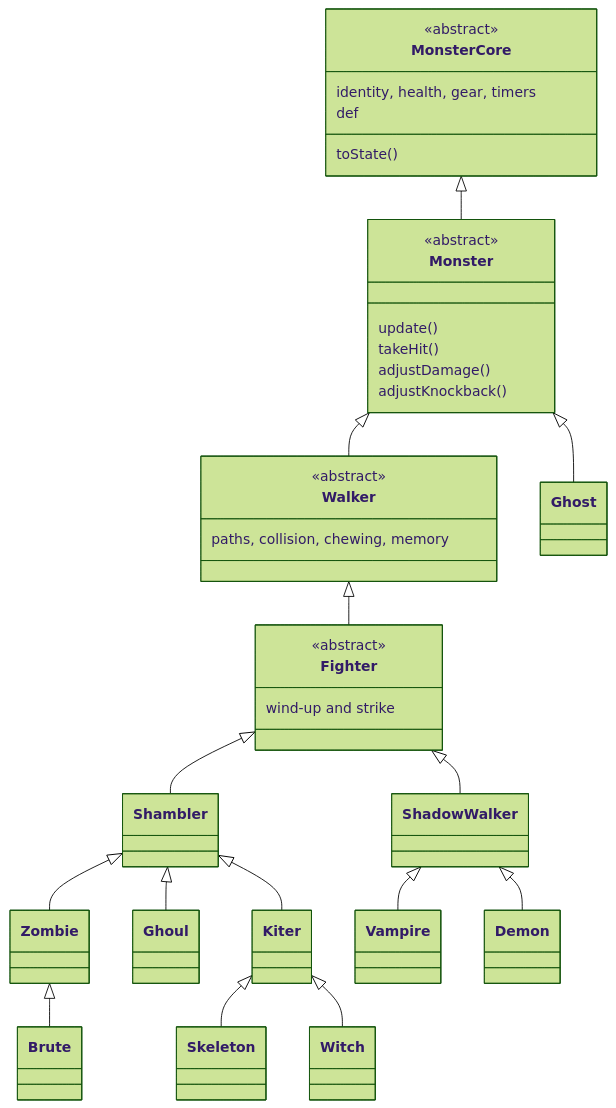
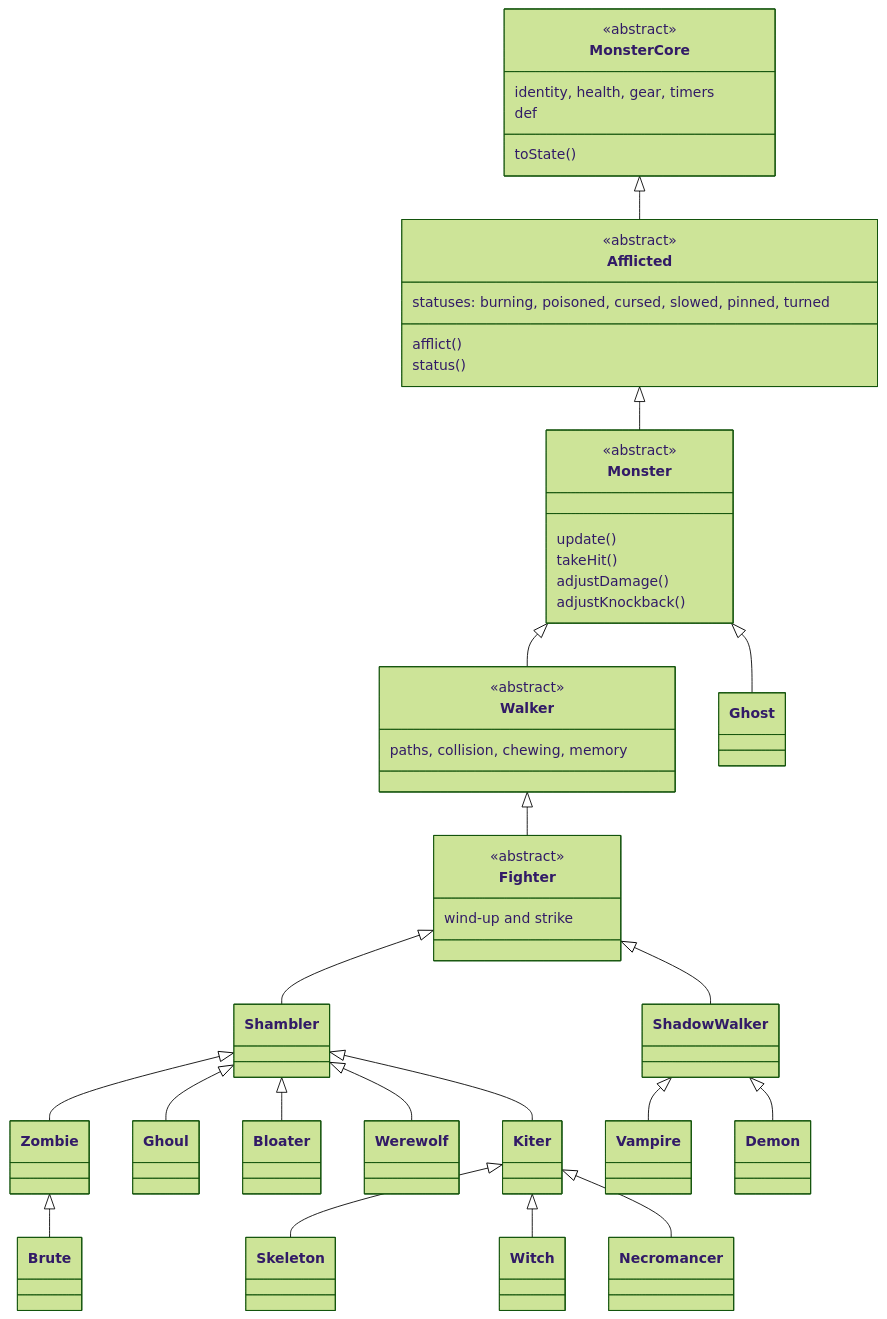
One commit to andyruwruw/grave-robbers changed the fifth of 9 diagrams in docs/class-hierarchies-server.md. Above: the diagram before and after it, drawn with Mermaid (forest theme). The commit also changed other lines of this file and 772 other files, not shown here.

````diff
--- a/docs/class-hierarchies-server.md
+++ b/docs/class-hierarchies-server.md
@@ -156,38 +165,48 @@
 ```mermaid
 classDiagram
   class MonsterCore {
     <<abstract>>
     identity, health, gear, timers
     def
     toState()
+  }
+  class Afflicted {
+    <<abstract>>
+    statuses: burning, poisoned, cursed, slowed, pinned, turned
+    afflict()
+    status()
   }
   class Monster {
     <<abstract>>
     update()
     takeHit()
     adjustDamage()
     adjustKnockback()
   }
   class Walker {
     <<abstract>>
     paths, collision, chewing, memory
   }
   class Fighter {
     <<abstract>>
     wind-up and strike
   }
-  MonsterCore <|-- Monster
+  MonsterCore <|-- Afflicted
+  Afflicted <|-- Monster
   Monster <|-- Walker
   Monster <|-- Ghost
   Walker <|-- Fighter
   Fighter <|-- Shambler
   Fighter <|-- ShadowWalker
   Shambler <|-- Zombie
   Zombie <|-- Brute
   Shambler <|-- Ghoul
+  Shambler <|-- Bloater
+  Shambler <|-- Werewolf
   Shambler <|-- Kiter
   Kiter <|-- Skeleton
   Kiter <|-- Witch
+  Kiter <|-- Necromancer
   ShadowWalker <|-- Vampire
   ShadowWalker <|-- Demon
 ```
````
